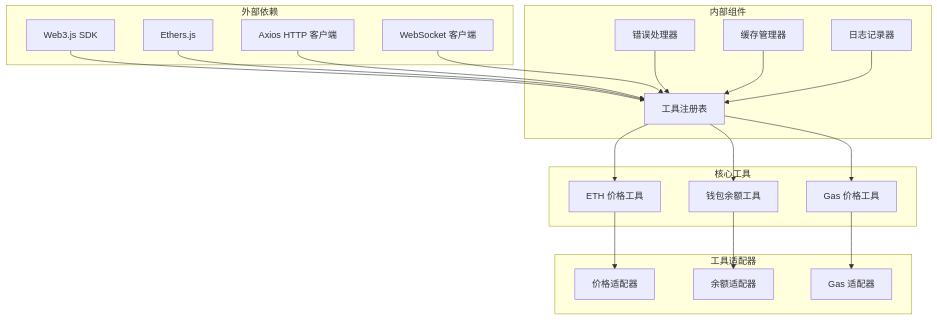
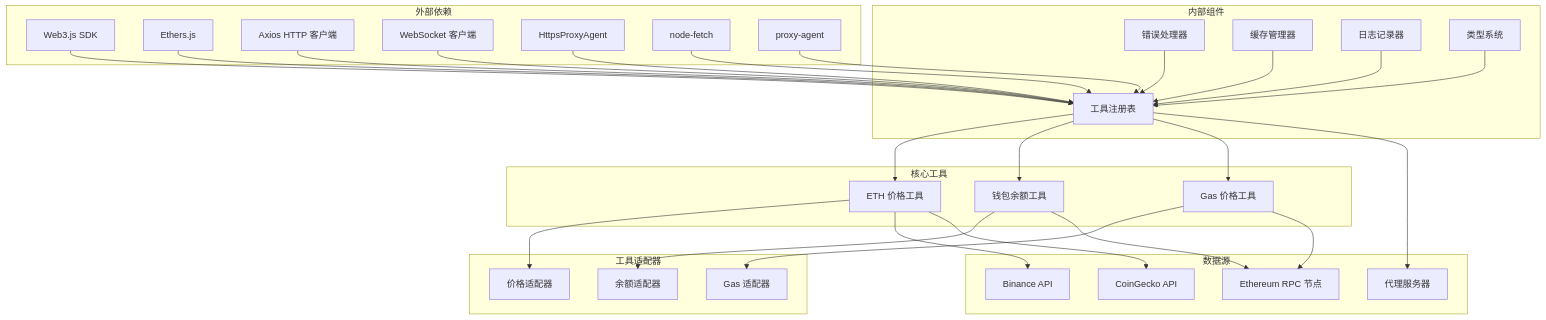
One commit to CryptoLinxu/Web3-AI-Agent changed the sixth of 6 diagrams in .qoder/repowiki/zh/content/Web3工具集成/核心Web3工具实现/核心Web3工具实现.md. Above: the diagram before and after it, drawn with Mermaid. The commit also changed other lines of this file and 6 other files, not shown here.

````diff
--- a/.qoder/repowiki/zh/content/Web3工具集成/核心Web3工具实现/核心Web3工具实现.md
+++ b/.qoder/repowiki/zh/content/Web3工具集成/核心Web3工具实现/核心Web3工具实现.md
@@ -351,38 +333,57 @@
 ```mermaid
 graph TB
 subgraph "外部依赖"
 Web3SDK[Web3.js SDK]
 Ethers[Ethers.js]
 Axios[Axios HTTP 客户端]
 WebSocket[WebSocket 客户端]
+HttpsProxyAgent[HttpsProxyAgent]
+NodeFetch[node-fetch]
+ProxyAgent[proxy-agent]
 end
 subgraph "内部组件"
 ToolRegistry[工具注册表]
 ErrorHandler[错误处理器]
 CacheManager[缓存管理器]
 Logger[日志记录器]
+TypeSystem[类型系统]
 end
 subgraph "核心工具"
 ETHPrice[ETH 价格工具]
 WalletBalance[钱包余额工具]
 GasPrice[Gas 价格工具]
 end
 subgraph "工具适配器"
 PriceAdapter[价格适配器]
 BalanceAdapter[余额适配器]
 GasAdapter[Gas 适配器]
 end
+subgraph "数据源"
+BinanceAPI[Binance API]
+CoinGeckoAPI[CoinGecko API]
+RPCNode[Ethereum RPC 节点]
+ProxyServer[代理服务器]
+end
 Web3SDK --> ToolRegistry
 Ethers --> ToolRegistry
 Axios --> ToolRegistry
 WebSocket --> ToolRegistry
+HttpsProxyAgent --> ToolRegistry
+NodeFetch --> ToolRegistry
+ProxyAgent --> ToolRegistry
 ToolRegistry --> ETHPrice
 ToolRegistry --> WalletBalance
 ToolRegistry --> GasPrice
 ETHPrice --> PriceAdapter
 WalletBalance --> BalanceAdapter
 GasPrice --> GasAdapter
+ETHPrice --> BinanceAPI
+ETHPrice --> CoinGeckoAPI
+WalletBalance --> RPCNode
+GasPrice --> RPCNode
+ToolRegistry --> ProxyServer
 ErrorHandler --> ToolRegistry
 CacheManager --> ToolRegistry
 Logger --> ToolRegistry
+TypeSystem --> ToolRegistry
 ```
````
